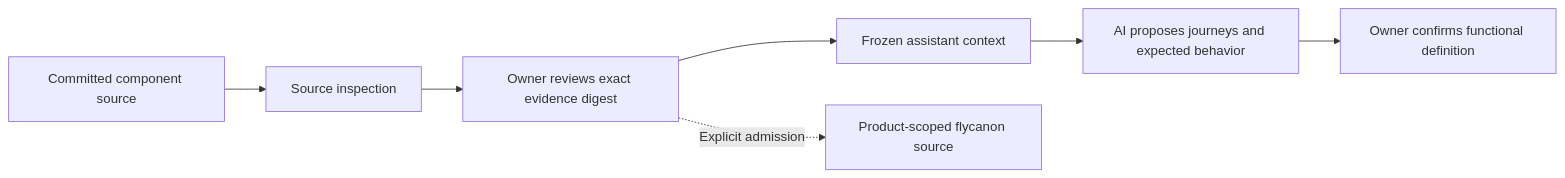
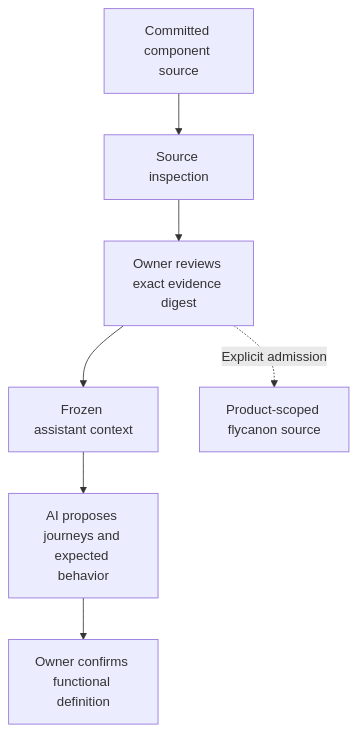
The diagram in docs/as-is-handoff.md (fireflyframework/firefly-forge), drawn with Mermaid before and after one commit. The commit also changed 6 other files, not shown here.

Commit message:
Render readable documentation diagrams with the native runtime

````diff
--- a/docs/as-is-handoff.md
+++ b/docs/as-is-handoff.md
@@ -12,9 +12,14 @@
 ```mermaid
-flowchart LR
+---
+config:
+  flowchart:
+    wrappingWidth: 120
+---
+flowchart TD
   Source[Committed component source] --> Inspect[Source inspection]
   Inspect --> Review[Owner reviews exact evidence digest]
   Review --> Context[Frozen assistant context]
   Context --> Proposal[AI proposes journeys and expected behavior]
   Proposal --> Confirm[Owner confirms functional definition]
   Review -. Explicit admission .-> Canon[Product-scoped flycanon source]
 ```
````
